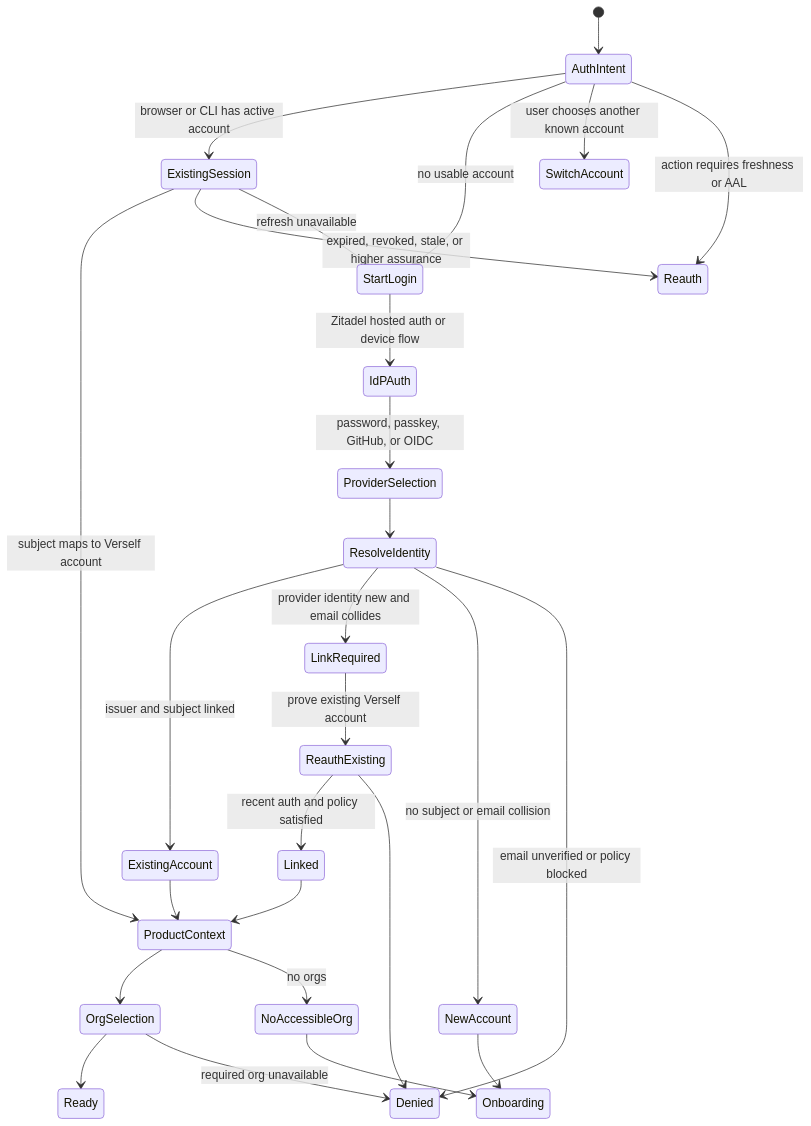
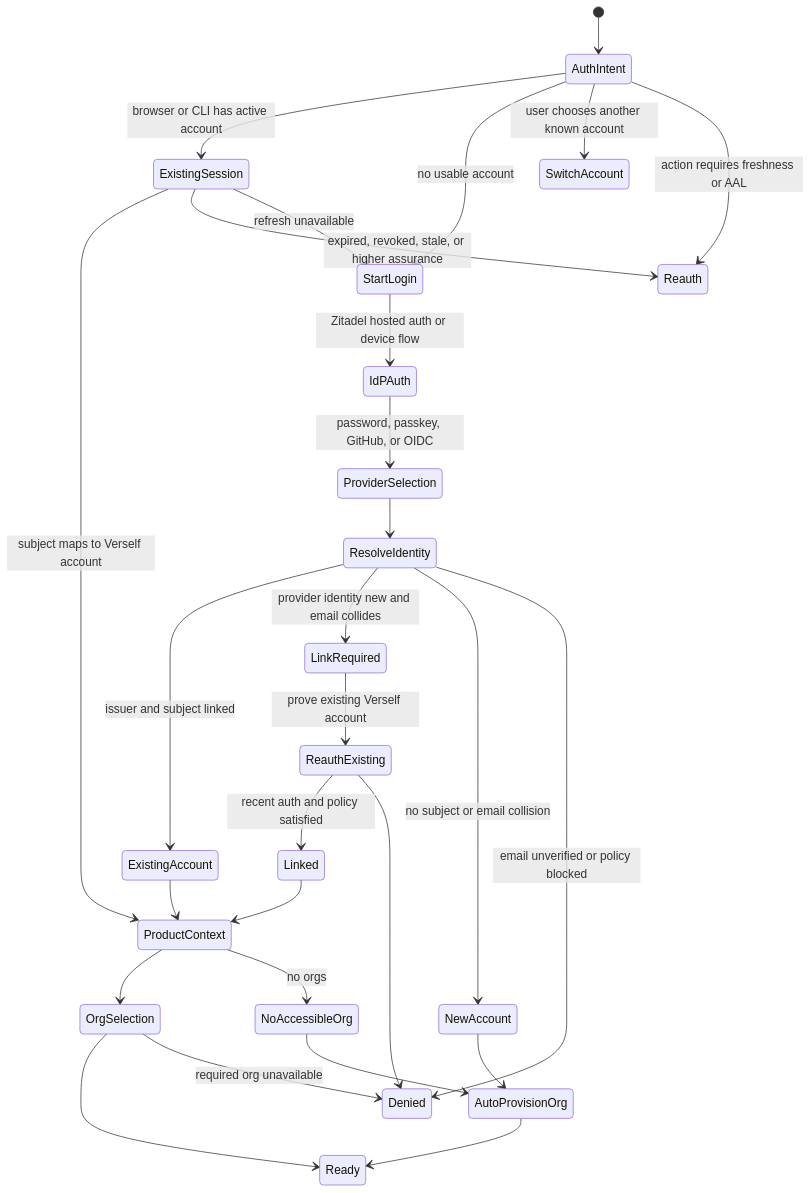
The second of 4 diagrams in docs/iam-service.md (guardian-intelligence/verself), drawn with Mermaid before and after one commit. The commit also changed other lines of this file and 11 other files, not shown here.

````diff
--- a/docs/iam-service.md
+++ b/docs/iam-service.md
@@ -642,35 +642,36 @@
 ```mermaid
 stateDiagram-v2
   [*] --> AuthIntent
 
   AuthIntent --> ExistingSession: browser or CLI has active account
   AuthIntent --> StartLogin: no usable account
   AuthIntent --> SwitchAccount: user chooses another known account
   AuthIntent --> Reauth: action requires freshness or AAL
 
   ExistingSession --> ProductContext: subject maps to Verself account
   ExistingSession --> Reauth: expired, revoked, stale, or higher assurance
   ExistingSession --> StartLogin: refresh unavailable
 
   StartLogin --> IdPAuth: Zitadel hosted auth or device flow
   IdPAuth --> ProviderSelection: password, passkey, GitHub, or OIDC
   ProviderSelection --> ResolveIdentity
 
   ResolveIdentity --> ExistingAccount: issuer and subject linked
   ResolveIdentity --> LinkRequired: provider identity new and email collides
   ResolveIdentity --> NewAccount: no subject or email collision
   ResolveIdentity --> Denied: email unverified or policy blocked
 
   LinkRequired --> ReauthExisting: prove existing Verself account
   ReauthExisting --> Linked: recent auth and policy satisfied
   ReauthExisting --> Denied
 
   ExistingAccount --> ProductContext
   Linked --> ProductContext
-  NewAccount --> Onboarding
+  NewAccount --> AutoProvisionOrg
   ProductContext --> OrgSelection
   ProductContext --> NoAccessibleOrg: no orgs
-  NoAccessibleOrg --> Onboarding
+  NoAccessibleOrg --> AutoProvisionOrg
+  AutoProvisionOrg --> Ready
   OrgSelection --> Ready
   OrgSelection --> Denied: required org unavailable
 ```
````
